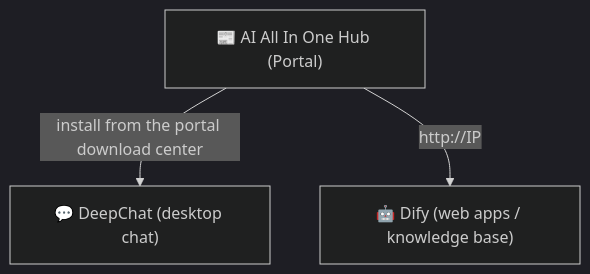
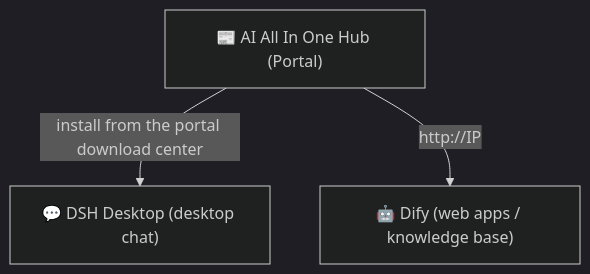
The diagram in docs/user-manual/ch01-about.md (sdlyxianchao/AIAllInOne), drawn with Mermaid (dark theme) before and after one commit. The commit also changed other lines of this file and 306 other files, not shown here.

````diff
--- a/docs/user-manual/ch01-about.md
+++ b/docs/user-manual/ch01-about.md
@@ -17,5 +17,5 @@
 ```mermaid
 flowchart TB
-    A["📰 AI All In One Hub (Portal)"] -->|install from the portal download center| B["💬 DeepChat (desktop chat)"]
+    A["📰 AI All In One Hub (Portal)"] -->|install from the portal download center| B["💬 DSH Desktop (desktop chat)"]
     A -->|http://IP| C["🤖 Dify (web apps / knowledge base)"]
 ```
````
